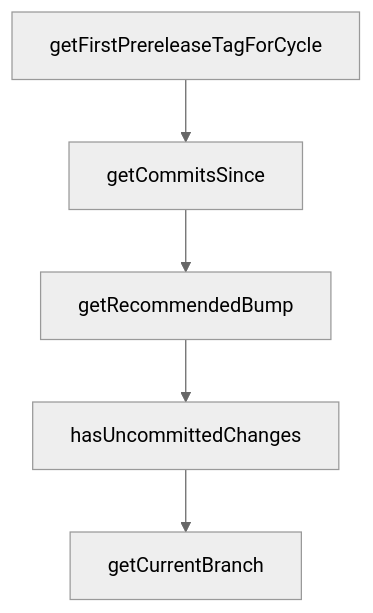
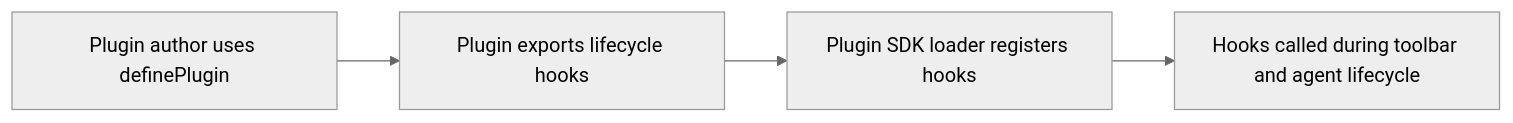
One commit to johnxie/awesome-code-docs changed the diagram in tutorials/stagewise-tutorial/05-building-plugins-with-plugin-sdk.md. Above: the diagram before and after it, drawn with Mermaid (neutral theme). The commit also changed other lines of this file and 1232 other files, not shown here.

````diff
--- a/tutorials/stagewise-tutorial/05-building-plugins-with-plugin-sdk.md
+++ b/tutorials/stagewise-tutorial/05-building-plugins-with-plugin-sdk.md
@@ -231,12 +74,6 @@
 ```mermaid
-flowchart TD
-    A[getFirstPrereleaseTagForCycle]
-    B[getCommitsSince]
-    C[getRecommendedBump]
-    D[hasUncommittedChanges]
-    E[getCurrentBranch]
-    A --> B
-    B --> C
-    C --> D
-    D --> E
+flowchart LR
+    A[Plugin author uses definePlugin] --> B[Plugin exports lifecycle hooks]
+    B --> C[Plugin SDK loader registers hooks]
+    C --> D[Hooks called during toolbar and agent lifecycle]
 ```
````
